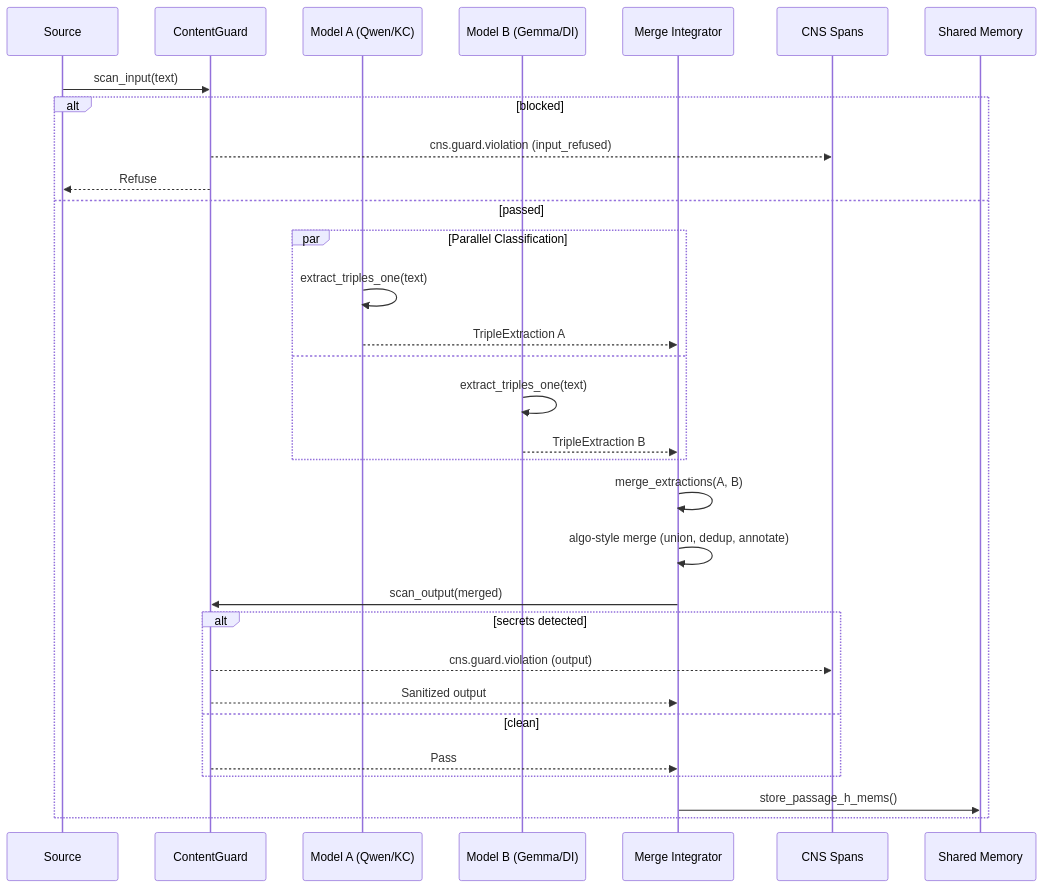
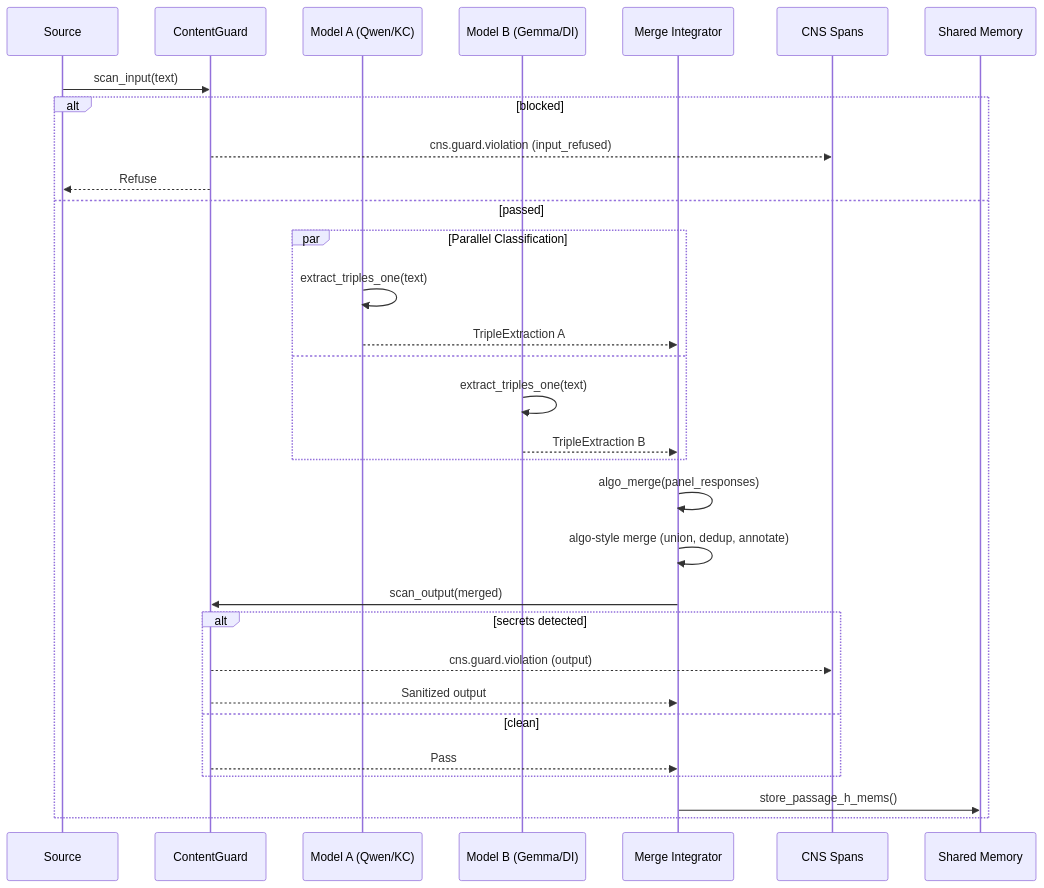
Before and after one commit to mdz-axo/hKask: the eighth of 9 diagrams in docs/explanation/cognition-and-replica.md, drawn with Mermaid. The commit also changed other lines of this file and 6 other files, not shown here.

````diff
--- a/docs/explanation/cognition-and-replica.md
+++ b/docs/explanation/cognition-and-replica.md
@@ -844,37 +844,37 @@
 ```mermaid
 sequenceDiagram
     participant S as Source
     participant G as ContentGuard
     participant MA as Model A (Qwen/KC)
     participant MB as Model B (Gemma/DI)
     participant I as Merge Integrator
     participant CNS as CNS Spans
     participant M as Shared Memory
 
     S->>G: scan_input(text)
     alt blocked
         G-->>CNS: cns.guard.violation (input_refused)
         G-->>S: Refuse
     else passed
         par Parallel Classification
             MA->>MA: extract_triples_one(text)
             MA-->>I: TripleExtraction A
         and
             MB->>MB: extract_triples_one(text)
             MB-->>I: TripleExtraction B
         end
 
-        I->>I: merge_extractions(A, B)
+        I->>I: algo_merge(panel_responses)
         I->>I: algo-style merge (union, dedup, annotate)
 
         I->>G: scan_output(merged)
         alt secrets detected
             G-->>CNS: cns.guard.violation (output)
             G-->>I: Sanitized output
         else clean
             G-->>I: Pass
         end
 
         I->>M: store_passage_h_mems()
     end
 ```
````
